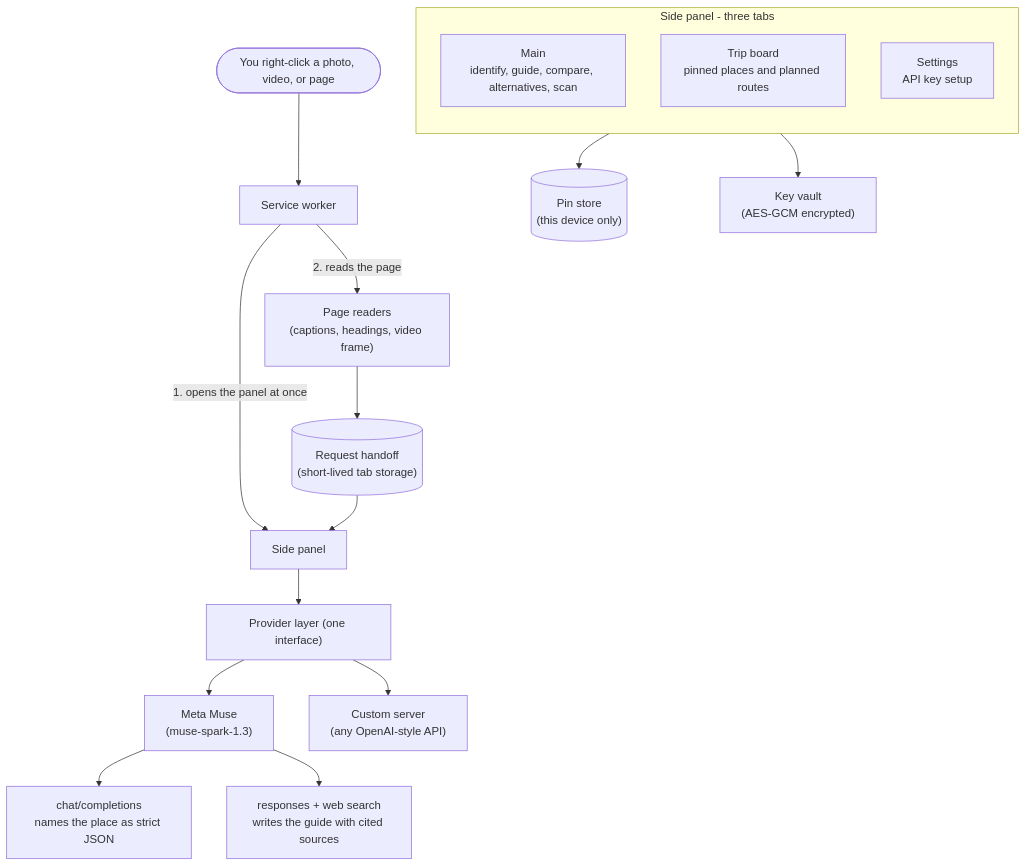
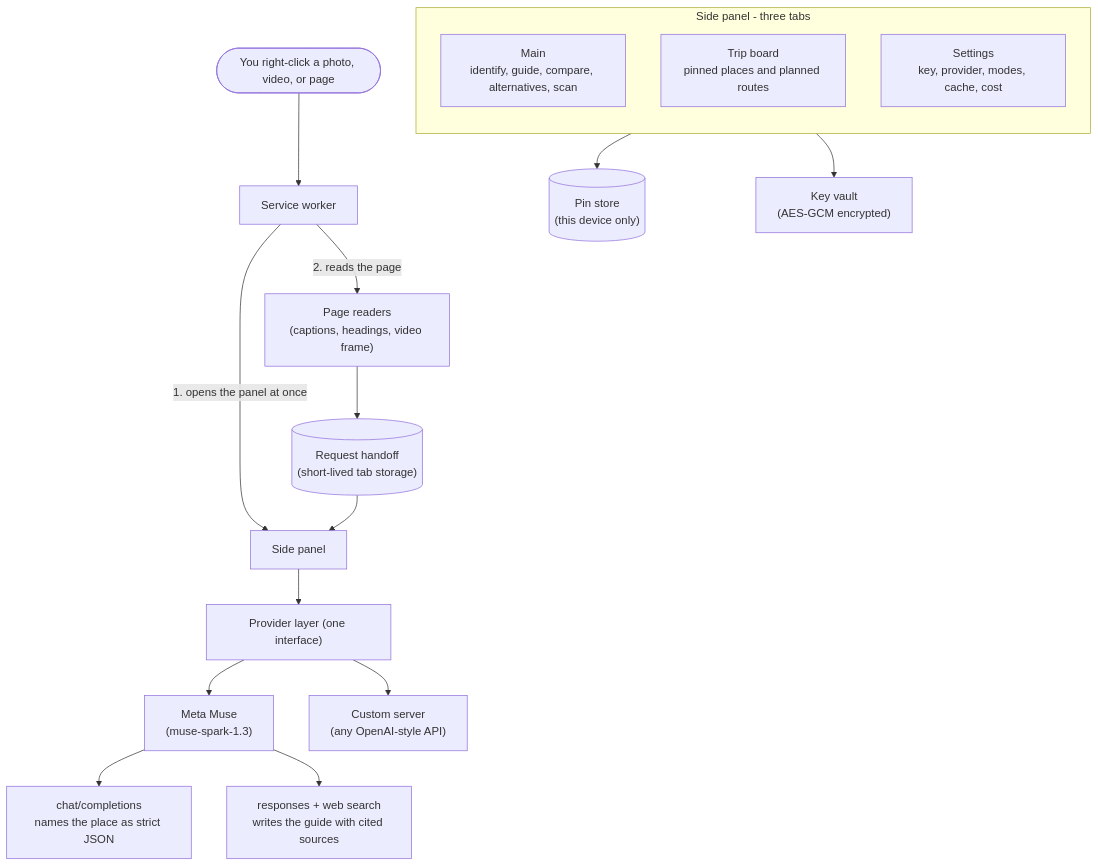
The diagram in README.md (kowalczyk-krzysztof/take-me-there), drawn with Mermaid before and after one commit. The commit also changed other lines of this file and 7 other files, not shown here.

````diff
--- a/README.md
+++ b/README.md
@@ -67,23 +70,23 @@
 ```mermaid
 flowchart TB
     user(["You right-click a photo, video, or page"]) --> worker["Service worker"]
     worker -->|"1. opens the panel at once"| panel["Side panel"]
     worker -->|"2. reads the page"| readers["Page readers<br/>(captions, headings, video frame)"]
     readers --> handoff[("Request handoff<br/>(short-lived tab storage)")]
     handoff --> panel
 
     subgraph Panel ["Side panel - three tabs"]
         direction TB
         main["Main<br/>identify, guide, compare, alternatives, scan"]
         board["Trip board<br/>pinned places and planned routes"]
-        settingsTab["Settings<br/>API key setup"]
+        settingsTab["Settings<br/>key, provider, modes, cache, cost"]
     end
 
     panel --> providers["Provider layer (one interface)"]
     providers --> muse["Meta Muse<br/>(muse-spark-1.3)"]
     providers --> compat["Custom server<br/>(any OpenAI-style API)"]
     muse --> identify["chat/completions<br/>names the place as strict JSON"]
     muse --> guide["responses + web search<br/>writes the guide with cited sources"]
     board --> pins[("Pin store<br/>(this device only)")]
     settingsTab --> vault["Key vault<br/>(AES-GCM encrypted)"]
 ```
````
